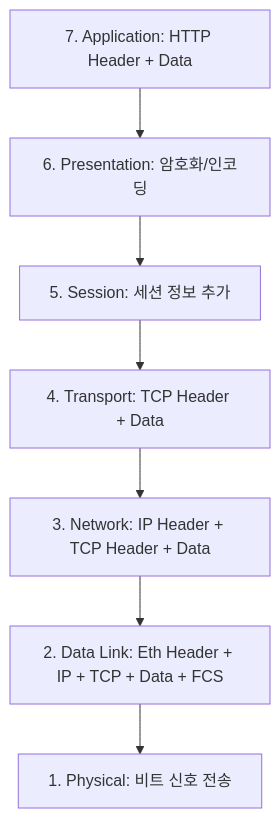
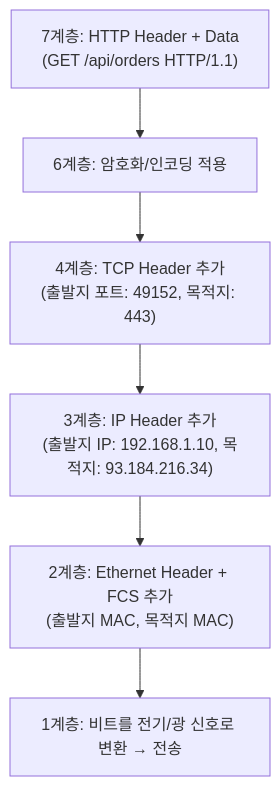
Before and after one commit to yjkim2015/yjkim2015.github.io: the fourth of 6 diagrams in _posts/network/2026-05-01-osi-7-layer.md, drawn with Mermaid. The commit also changed other lines of this file and 34 other files, not shown here.

First line of the commit message:
Full quality pass: 41 files — ASCII removed, 동작원리 보강, diagrams

```diff
--- a/_posts/network/2026-05-01-osi-7-layer.md
+++ b/_posts/network/2026-05-01-osi-7-layer.md
@@ -275,11 +196,10 @@
 <div class="mermaid">
 graph TD
-    A7["7. Application: HTTP Header + Data"]
-    A6["6. Presentation: 암호화/인코딩"]
-    A5["5. Session: 세션 정보 추가"]
-    A4["4. Transport: TCP Header + Data"]
-    A3["3. Network: IP Header + TCP Header + Data"]
-    A2["2. Data Link: Eth Header + IP + TCP + Data + FCS"]
-    A1["1. Physical: 비트 신호 전송"]
-    A7 --> A6 --> A5 --> A4 --> A3 --> A2 --> A1
+    A7["7계층: HTTP Header + Data\n(GET /api/orders HTTP/1.1)"]
+    A6["6계층: 암호화/인코딩 적용"]
+    A4["4계층: TCP Header 추가\n(출발지 포트: 49152, 목적지: 443)"]
+    A3["3계층: IP Header 추가\n(출발지 IP: 192.168.1.10, 목적지: 93.184.216.34)"]
+    A2["2계층: Ethernet Header + FCS 추가\n(출발지 MAC, 목적지 MAC)"]
+    A1["1계층: 비트를 전기/광 신호로 변환 → 전송"]
+    A7 --> A6 --> A4 --> A3 --> A2 --> A1
 </div>
```
